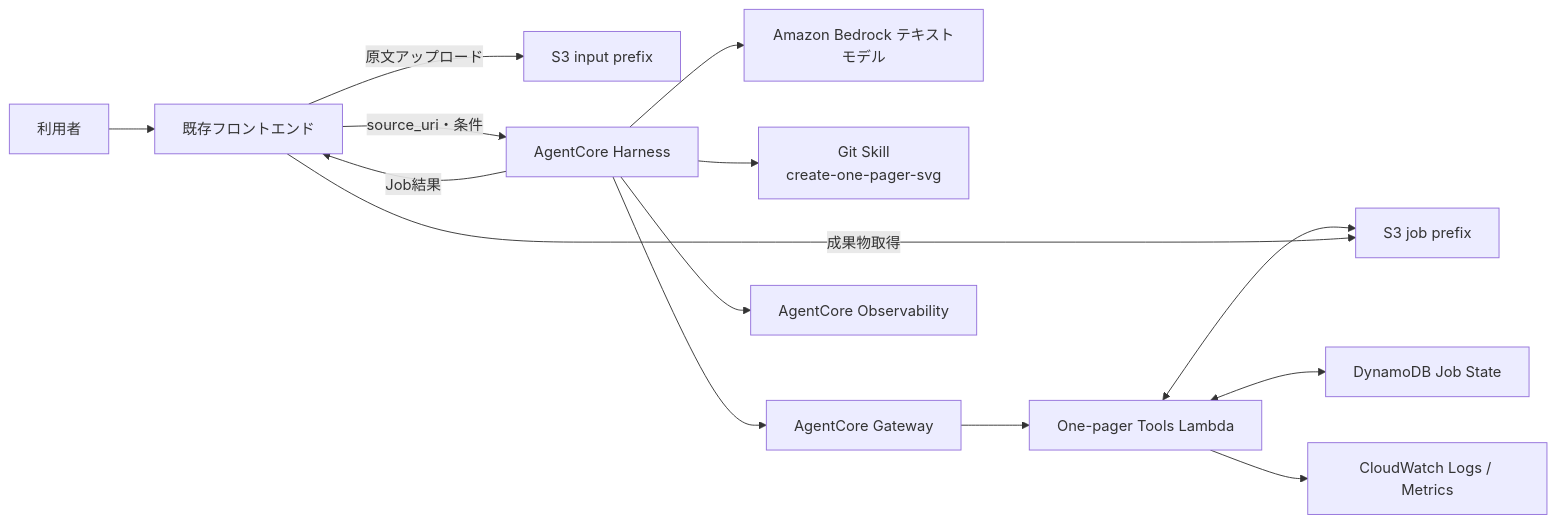
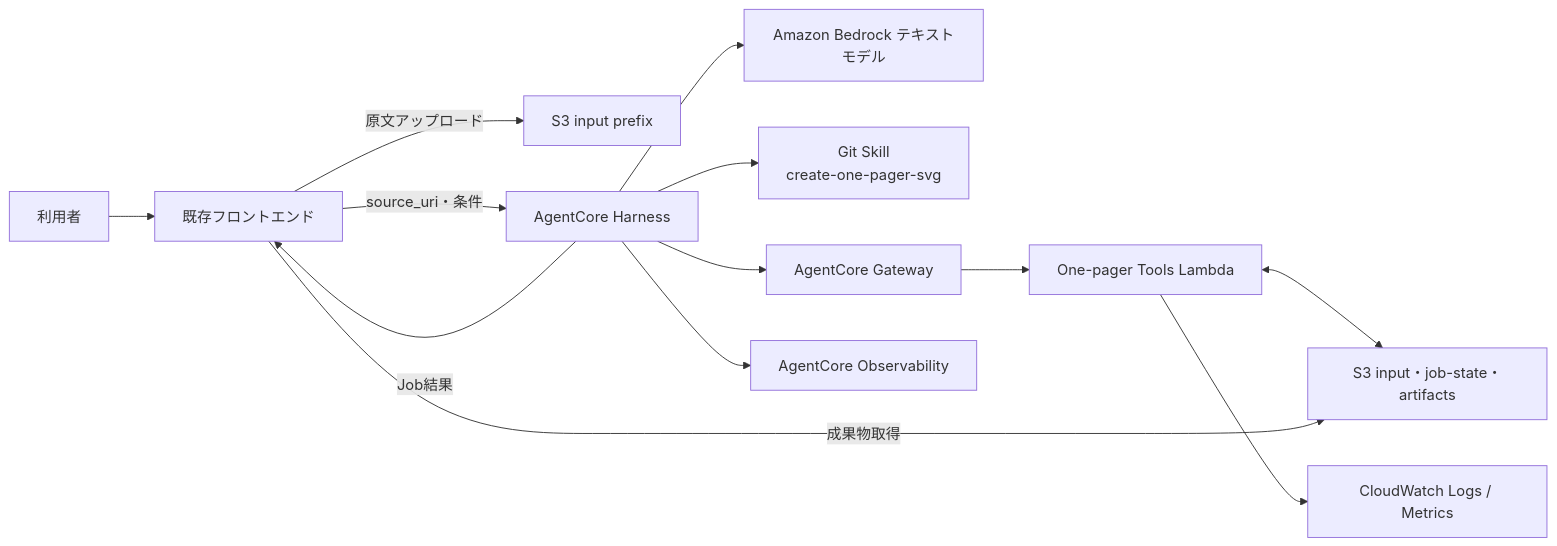
Before and after one commit to yu37330/skills: the first of 2 diagrams in docs/agentcore-harness-one-pager-spec.md, drawn with Mermaid. The commit also changed other lines of this file and 2 other files, not shown here.

Commit message:
Use S3 for one-pager job state

````diff
--- a/docs/agentcore-harness-one-pager-spec.md
+++ b/docs/agentcore-harness-one-pager-spec.md
@@ -82,16 +82,15 @@
 ```mermaid
 flowchart LR
     U["利用者"] --> F["既存フロントエンド"]
     F -->|"原文アップロード"| S3I["S3 input prefix"]
     F -->|"source_uri・条件"| H["AgentCore Harness"]
     H --> M["Amazon Bedrock テキストモデル"]
     H --> SK["Git Skill\ncreate-one-pager-svg"]
     H --> G["AgentCore Gateway"]
     G --> L["One-pager Tools Lambda"]
-    L <--> S3["S3 job prefix"]
-    L <--> D["DynamoDB Job State"]
+    L <--> S3["S3 input・job-state・artifacts"]
     L --> CW["CloudWatch Logs / Metrics"]
     H --> O["AgentCore Observability"]
     H -->|"Job結果"| F
     F -->|"成果物取得"| S3
 ```
````
